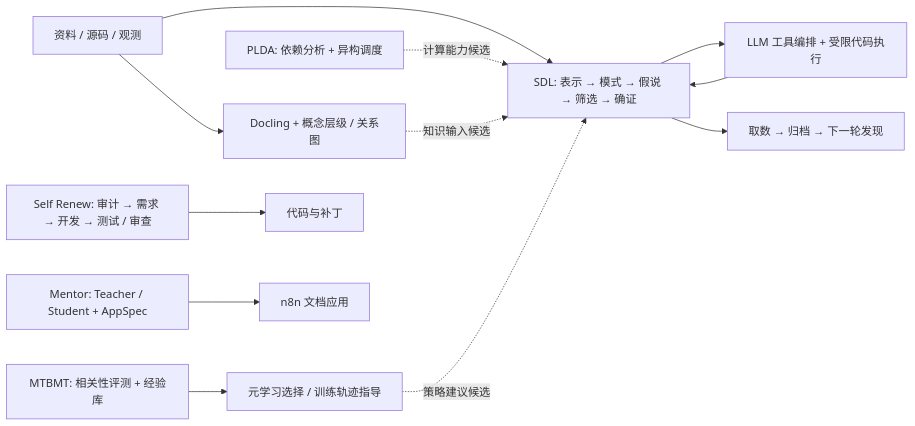
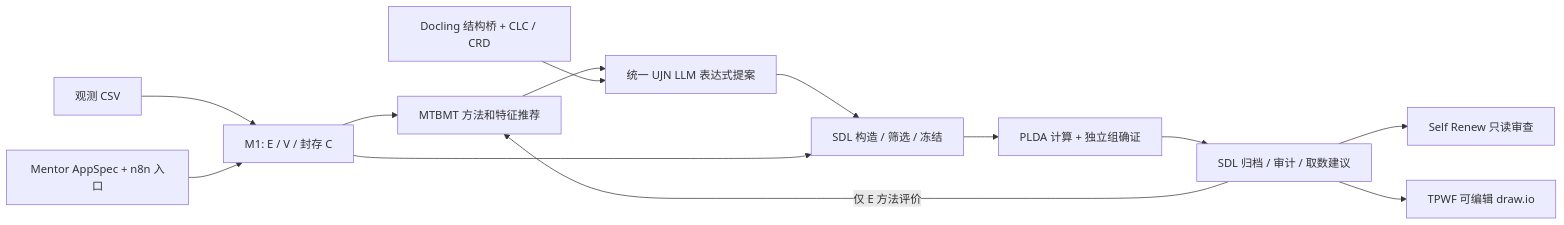
One commit to Vuiora/OGv01 changed the diagram in README.md. Above: the diagram before and after it, drawn with Mermaid. The commit also changed other lines of this file and 71 other files, not shown here.

Commit message:
feat: integrate discovery business loop and TPWF architecture production

````diff
--- a/README.md
+++ b/README.md
@@ -9,14 +9,15 @@
 ```mermaid
 flowchart LR
-  D[资料 / 源码 / 观测] --> K[Docling + 概念层级 / 关系图]
-  D --> S[SDL: 表示 → 模式 → 假说 → 筛选 → 确证]
-  S --> L[LLM 工具编排 + 受限代码执行]
-  L --> S
-  P[PLDA: 依赖分析 + 异构调度] -. 计算能力候选 .-> S
-  K -. 知识输入候选 .-> S
-  S --> A[取数 → 归档 → 下一轮发现]
-  T[MTBMT: 相关性评测 + 经验库] --> O[元学习选择 / 训练轨迹指导]
-  O -. 策略建议候选 .-> S
-  R[Self Renew: 审计 → 需求 → 开发 → 测试 / 审查] --> C[代码与补丁]
-  M[Mentor: Teacher / Student + AppSpec] --> W[n8n 文档应用]
+  D[观测 CSV] --> E[M1: E / V / 封存 C]
+  E --> T[MTBMT 方法和特征推荐]
+  T --> L[统一 UJN LLM 表达式提案]
+  K[Docling 结构桥 + CLC / CRD] --> L
+  L --> S[SDL 构造 / 筛选 / 冻结]
+  E --> S
+  S --> P[PLDA 计算 + 独立组确证]
+  P --> A[SDL 归档 / 审计 / 取数建议]
+  A -->|仅 E 方法评价| T
+  A --> R[Self Renew 只读审查]
+  A --> F[TPWF 可编辑 draw.io]
+  M[Mentor AppSpec + n8n 入口] --> E
 ```
````
